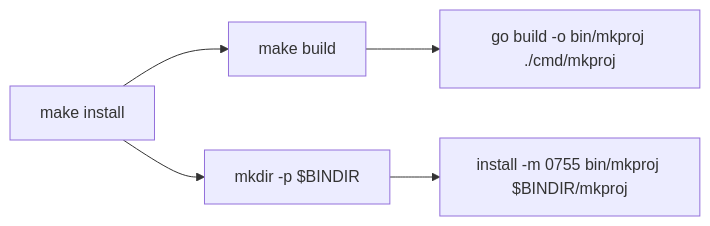
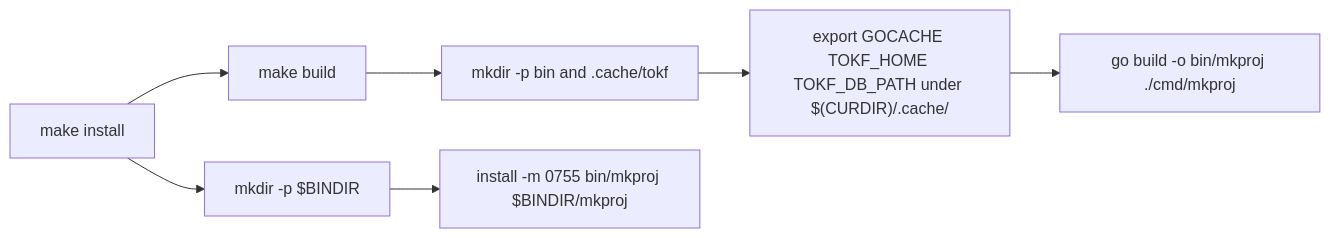
One commit to AvogadroSG1/agentic_template_start changed the diagram in docs/superpowers/specs/2026-06-24-mkproj-make-install-design.md. Above: the diagram before and after it, drawn with Mermaid. The commit also changed other lines of this file and 2 other files, not shown here.

Commit message:
docs: align make install cache contract

````diff
--- a/docs/superpowers/specs/2026-06-24-mkproj-make-install-design.md
+++ b/docs/superpowers/specs/2026-06-24-mkproj-make-install-design.md
@@ -61,7 +64,9 @@
 ```mermaid
 flowchart LR
     A[make install] --> B[make build]
-    B --> C["go build -o bin/mkproj ./cmd/mkproj"]
-    A --> D["mkdir -p $BINDIR"]
-    D --> E["install -m 0755 bin/mkproj $BINDIR/mkproj"]
+    B --> C["mkdir -p bin and .cache/tokf"]
+    C --> D["export GOCACHE TOKF_HOME TOKF_DB_PATH under $(CURDIR)/.cache/"]
+    D --> E["go build -o bin/mkproj ./cmd/mkproj"]
+    A --> F["mkdir -p $BINDIR"]
+    F --> G["install -m 0755 bin/mkproj $BINDIR/mkproj"]
 ```
````
